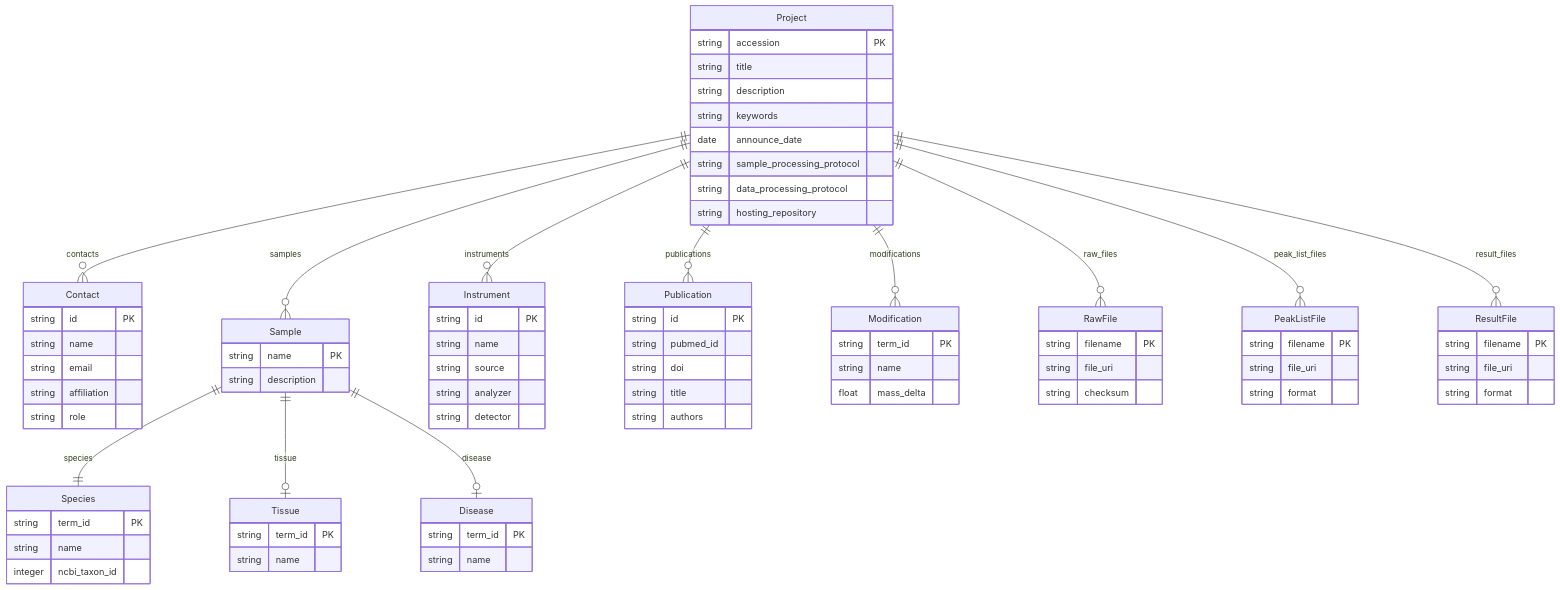
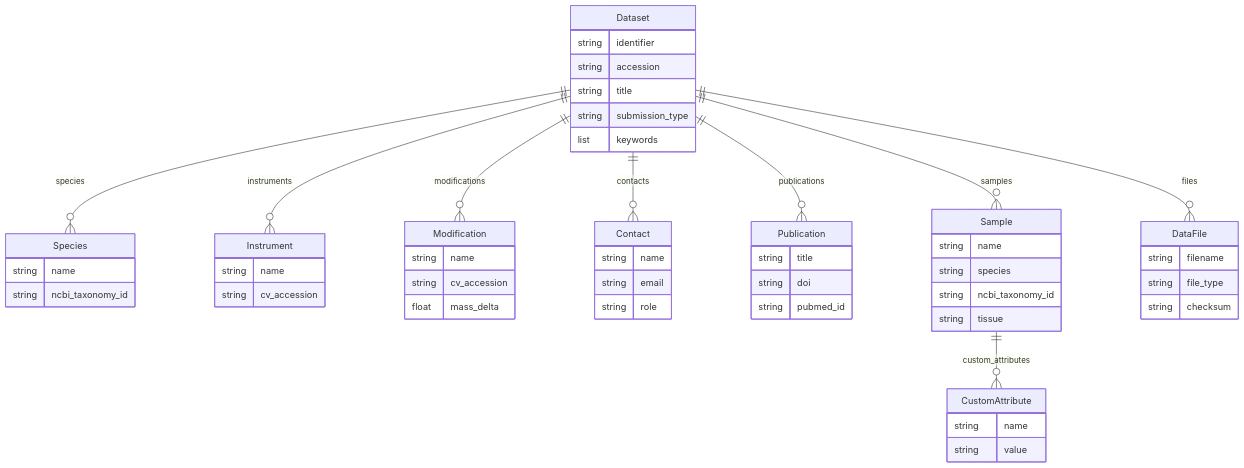
One commit to sorenwacker/metaseed changed the diagram in docs/profiles/pride.md. Above: the diagram before and after it, drawn with Mermaid. The commit also changed other lines of this file and 32 other files, not shown here.

````diff
--- a/docs/profiles/pride.md
+++ b/docs/profiles/pride.md
@@ -134,94 +25,57 @@
 ```mermaid
 erDiagram
-    Project {
-        string accession PK
+    Dataset {
+        string identifier
+        string accession
         string title
-        string description
-        string keywords
-        date announce_date
-        string sample_processing_protocol
-        string data_processing_protocol
-        string hosting_repository
+        string submission_type
+        list keywords
+    }
+    Species {
+        string name
+        string ncbi_taxonomy_id
+    }
+    Instrument {
+        string name
+        string cv_accession
+    }
+    Modification {
+        string name
+        string cv_accession
+        float mass_delta
+    }
+    Contact {
+        string name
+        string email
+        string role
+    }
+    Publication {
+        string title
+        string doi
+        string pubmed_id
+    }
+    Sample {
+        string name
+        string species
+        string ncbi_taxonomy_id
+        string tissue
+    }
+    DataFile {
+        string filename
+        string file_type
+        string checksum
+    }
+    CustomAttribute {
+        string name
+        string value
     }
 
-    Contact {
-        string id PK
-        string name
-        string email
-        string affiliation
-        string role
-    }
-
-    Sample {
-        string name PK
-        string description
-    }
-
-    Species {
-        string term_id PK
-        string name
-        integer ncbi_taxon_id
-    }
-
-    Tissue {
-        string term_id PK
-        string name
-    }
-
-    Disease {
-        string term_id PK
-        string name
-    }
-
-    Instrument {
-        string id PK
-        string name
-        string source
-        string analyzer
-        string detector
-    }
-
-    Publication {
-        string id PK
-        string pubmed_id
-        string doi
-        string title
-        string authors
-    }
-
-    Modification {
-        string term_id PK
-        string name
-        float mass_delta
-    }
-
-    RawFile {
-        string filename PK
-        string file_uri
-        string checksum
-    }
-
-    PeakListFile {
-        string filename PK
-        string file_uri
-        string format
-    }
-
-    ResultFile {
-        string filename PK
-        string file_uri
-        string format
-    }
-
-    Project ||--o{ Contact : contacts
-    Project ||--o{ Sample : samples
-    Project ||--o{ Instrument : instruments
-    Project ||--o{ Publication : publications
-    Project ||--o{ Modification : modifications
-    Project ||--o{ RawFile : raw_files
-    Project ||--o{ PeakListFile : peak_list_files
-    Project ||--o{ ResultFile : result_files
-    Sample ||--|| Species : species
-    Sample ||--o| Tissue : tissue
-    Sample ||--o| Disease : disease
+    Dataset ||--o{ Species : species
+    Dataset ||--o{ Instrument : instruments
+    Dataset ||--o{ Modification : modifications
+    Dataset ||--o{ Contact : contacts
+    Dataset ||--o{ Publication : publications
+    Dataset ||--o{ Sample : samples
+    Dataset ||--o{ DataFile : files
+    Sample ||--o{ CustomAttribute : custom_attributes
 ```
````
